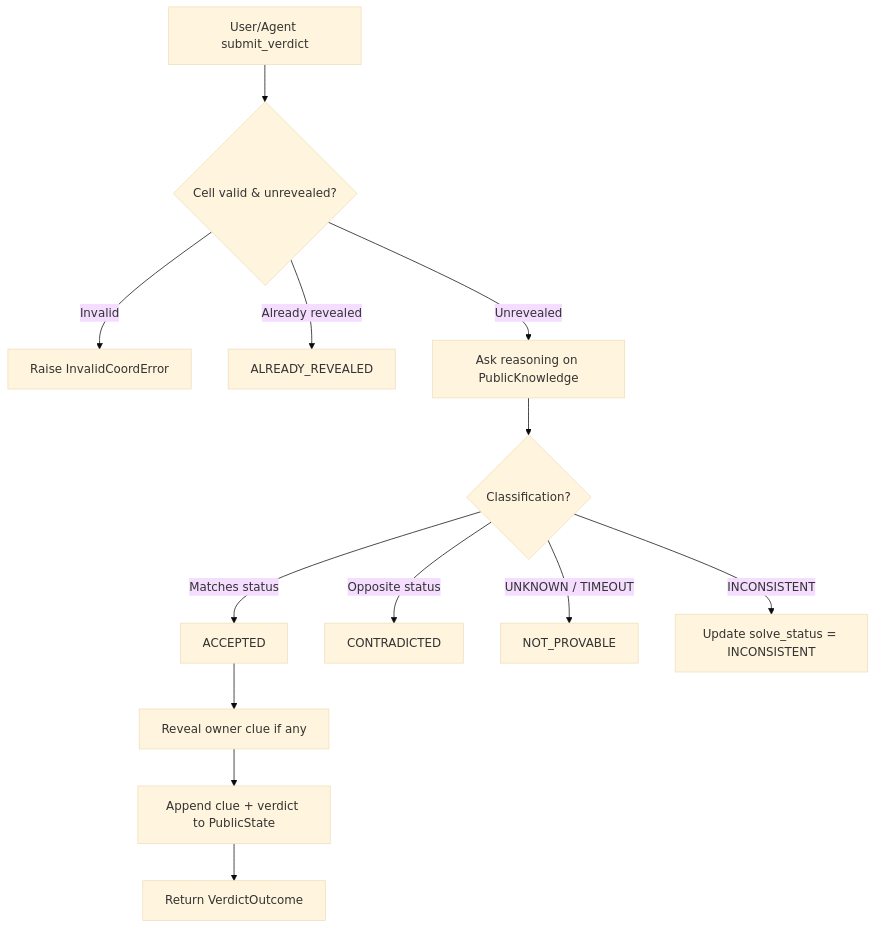
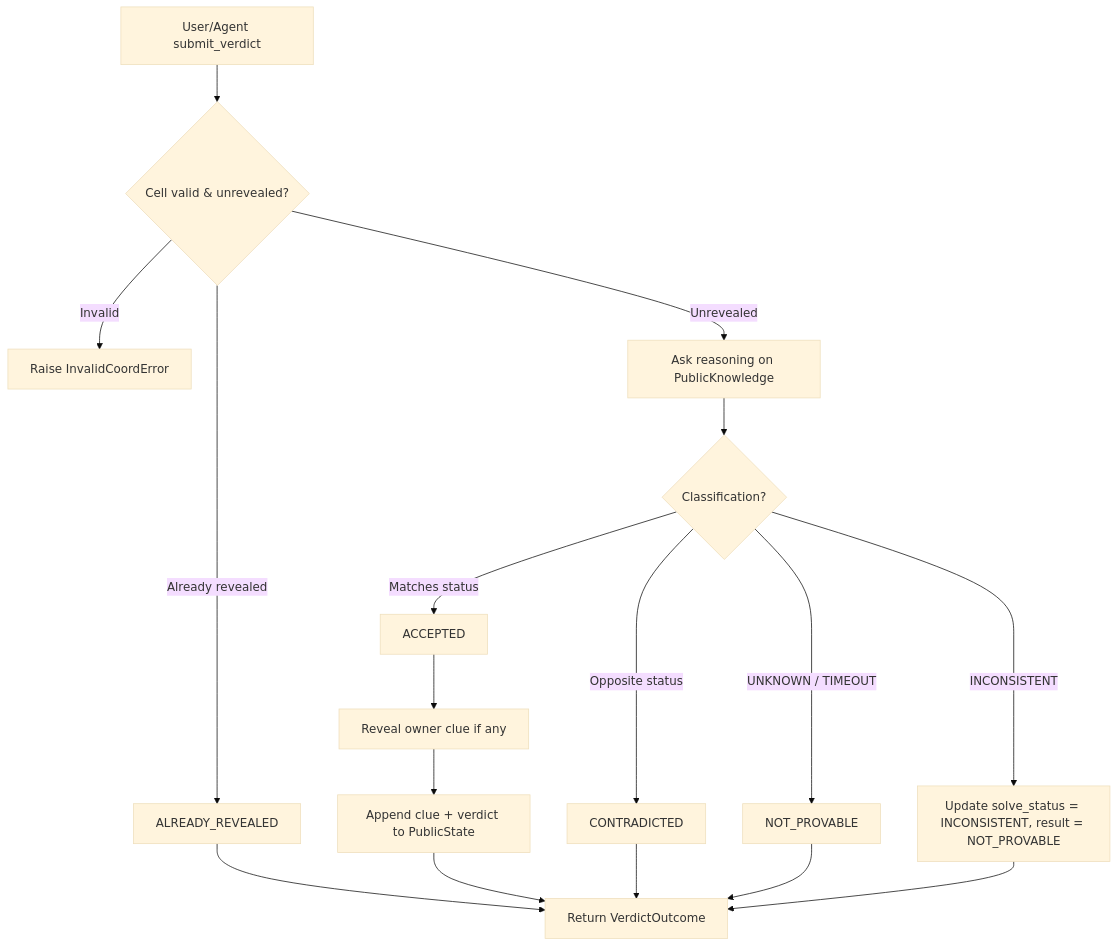
One commit to vannguyn/Griductive-Solver changed diagram 13 of 18 in Workflow.md. Above: the diagram before and after it, drawn with Mermaid (base theme). The commit also changed other lines of this file, not shown here.

````diff
--- a/Workflow.md
+++ b/Workflow.md
@@ -549,15 +549,19 @@
 ```mermaid
 flowchart TD
     A[User/Agent submit_verdict] --> B{Cell valid & unrevealed?}
     B -- Invalid --> ERR[Raise InvalidCoordError]
     B -- Already revealed --> AR[ALREADY_REVEALED]
     B -- Unrevealed --> C[Ask reasoning on PublicKnowledge]
     C --> D{Classification?}
     D -- Matches status --> G[ACCEPTED]
     D -- Opposite status --> E[CONTRADICTED]
     D -- UNKNOWN / TIMEOUT --> F[NOT_PROVABLE]
-    D -- INCONSISTENT --> INC[Update solve_status = INCONSISTENT]
+    D -- INCONSISTENT --> INC[Update solve_status = INCONSISTENT, result = NOT_PROVABLE]
     G --> H[Reveal owner clue if any]
     H --> I[Append clue + verdict to PublicState]
     I --> J[Return VerdictOutcome]
+    AR --> J
+    E --> J
+    F --> J
+    INC --> J
 ```
````
